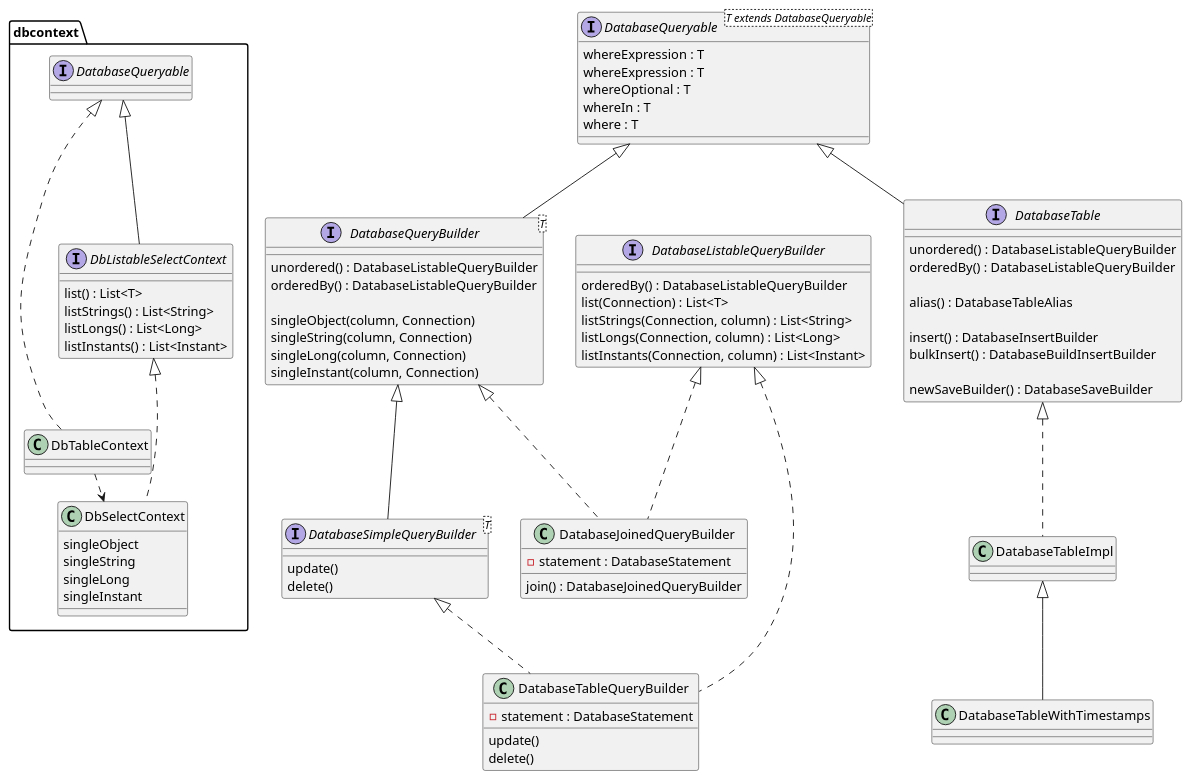
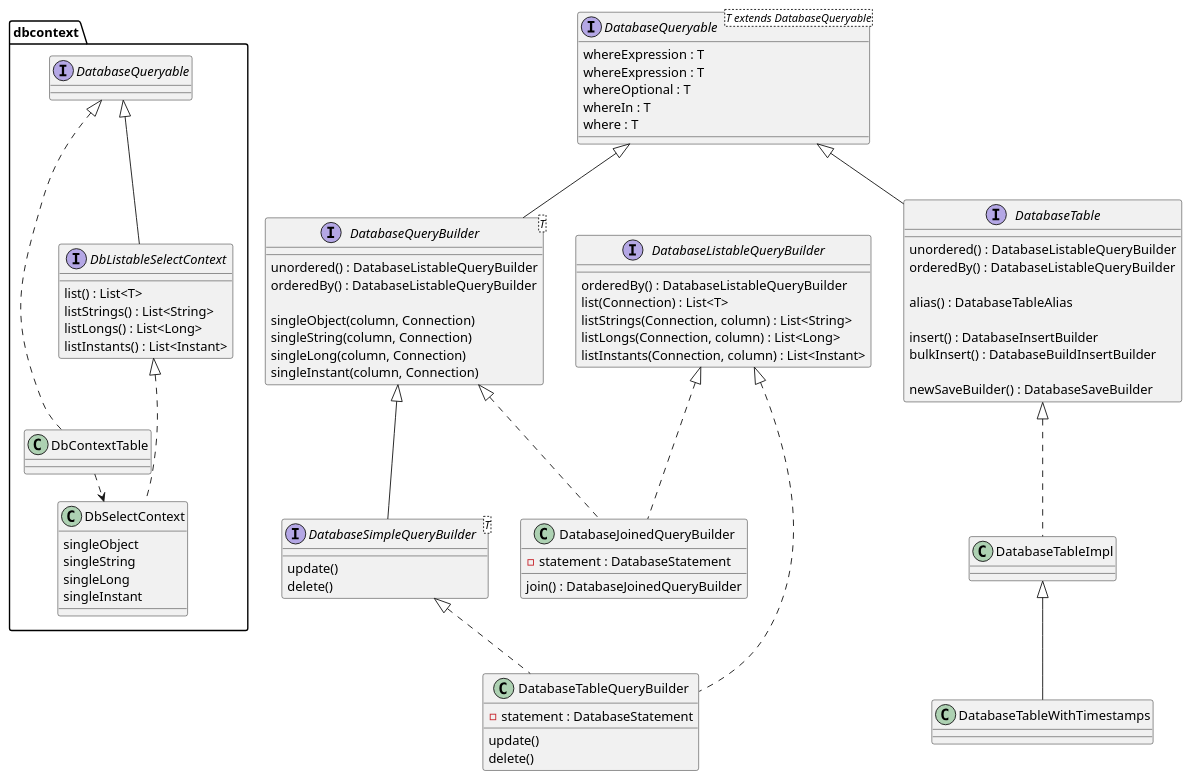
One commit to jhannes/fluent-jdbc changed the diagram in doc/classes.puml. Above: the diagram before and after it, drawn with PlantUML. The commit also changed 22 other files, not shown here.

Commit message:
Rename DbTableContext to DbContextTable

```diff
--- a/doc/classes.puml
+++ b/doc/classes.puml
@@ -1,85 +1,85 @@
 @startuml
 
 interface DatabaseQueryable<T extends DatabaseQueryable> {
     whereExpression : T
     whereExpression : T
     whereOptional : T
     whereIn : T
     where : T
 }
 
 interface DatabaseQueryBuilder<T> extends DatabaseQueryable {
     unordered() : DatabaseListableQueryBuilder
     orderedBy() : DatabaseListableQueryBuilder
 
     singleObject(column, Connection)
     singleString(column, Connection)
     singleLong(column, Connection)
     singleInstant(column, Connection)
 }
 
 interface DatabaseSimpleQueryBuilder<T> extends DatabaseQueryBuilder {
     update()
     delete()
 }
 
 interface DatabaseTable extends DatabaseQueryable {
    unordered() : DatabaseListableQueryBuilder
    orderedBy() : DatabaseListableQueryBuilder
 
    alias() : DatabaseTableAlias
 
    insert() : DatabaseInsertBuilder
    bulkInsert() : DatabaseBuildInsertBuilder
 
    newSaveBuilder() : DatabaseSaveBuilder
 }
 
 interface DatabaseListableQueryBuilder {
     orderedBy() : DatabaseListableQueryBuilder
     list(Connection) : List<T>
     listStrings(Connection, column) : List<String>
     listLongs(Connection, column) : List<Long>
     listInstants(Connection, column) : List<Instant>
 }
 
 class DatabaseTableQueryBuilder implements DatabaseSimpleQueryBuilder, DatabaseListableQueryBuilder {
     update()
     delete()
 
     - statement : DatabaseStatement
 }
 
 class DatabaseJoinedQueryBuilder implements DatabaseQueryBuilder, DatabaseListableQueryBuilder {
     join() : DatabaseJoinedQueryBuilder
     - statement : DatabaseStatement
 }
 
 class DatabaseTableImpl implements DatabaseTable {
 }
 
 class DatabaseTableWithTimestamps extends DatabaseTableImpl {
 }
 
 package dbcontext {
 
     interface DbListableSelectContext extends DatabaseQueryable {
         list() : List<T>
         listStrings() : List<String>
         listLongs() : List<Long>
         listInstants() : List<Instant>
     }
 
-    class DbTableContext implements DatabaseQueryable {
+    class DbContextTable implements DatabaseQueryable {
     }
 
     class DbSelectContext implements DbListableSelectContext {
         singleObject
         singleString
         singleLong
         singleInstant
     }
 
-    DbTableContext .right.> DbSelectContext: creates
+    DbContextTable .right.> DbSelectContext: creates
 }
 @enduml
```
